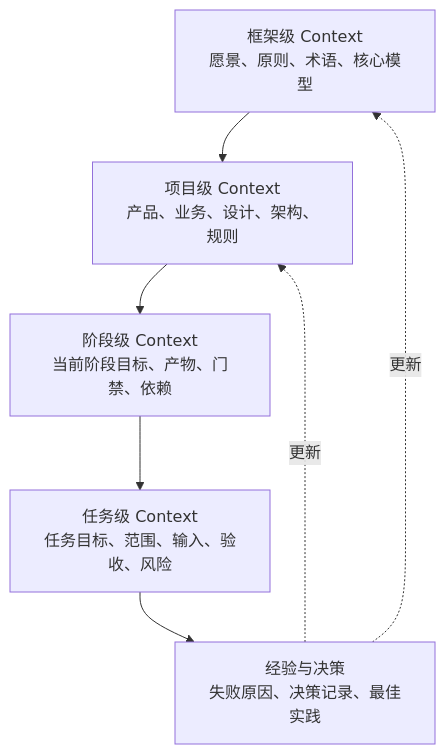
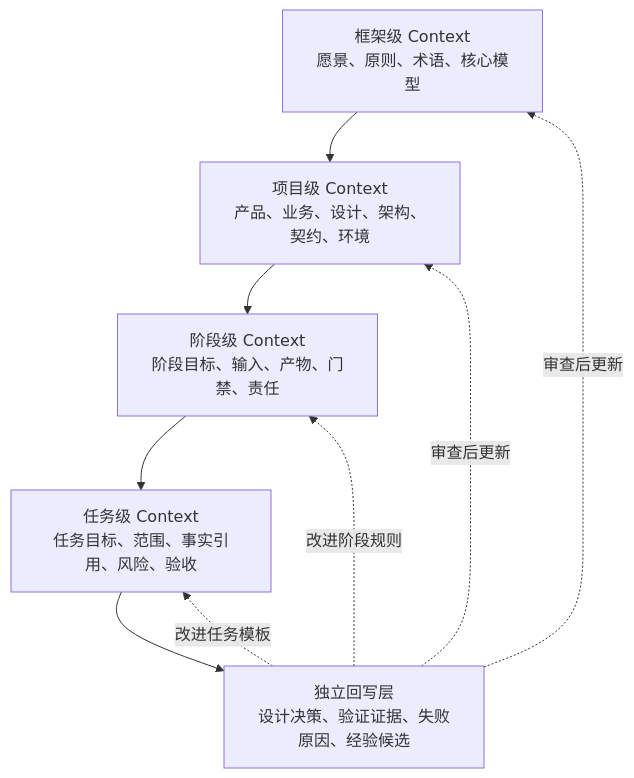
Before and after one commit to zhidao-studio/ai-product-engineering-framework: the first of 2 diagrams in 04_Context工程/Context与记忆管理.md, drawn with Mermaid. The commit also changed other lines of this file, not shown here.

````diff
--- a/04_Context工程/Context与记忆管理.md
+++ b/04_Context工程/Context与记忆管理.md
@@ -11,13 +19,16 @@
 ```mermaid
 flowchart TB
     C1[框架级 Context<br/>愿景、原则、术语、核心模型]
-    C2[项目级 Context<br/>产品、业务、设计、架构、规则]
-    C3[阶段级 Context<br/>当前阶段目标、产物、门禁、依赖]
-    C4[任务级 Context<br/>任务目标、范围、输入、验收、风险]
-    C5[经验与决策<br/>失败原因、决策记录、最佳实践]
+    C2[项目级 Context<br/>产品、业务、设计、架构、契约、环境]
+    C3[阶段级 Context<br/>阶段目标、输入、产物、门禁、责任]
+    C4[任务级 Context<br/>任务目标、范围、事实引用、风险、验收]
 
     C1 --> C2 --> C3 --> C4
-    C4 --> C5
-    C5 -.更新.-> C1
-    C5 -.更新.-> C2
+
+    M[独立回写层<br/>设计决策、验证证据、失败原因、经验候选]
+    C4 --> M
+    M -.审查后更新.-> C1
+    M -.审查后更新.-> C2
+    M -.改进阶段规则.-> C3
+    M -.改进任务模板.-> C4
 ```
````
